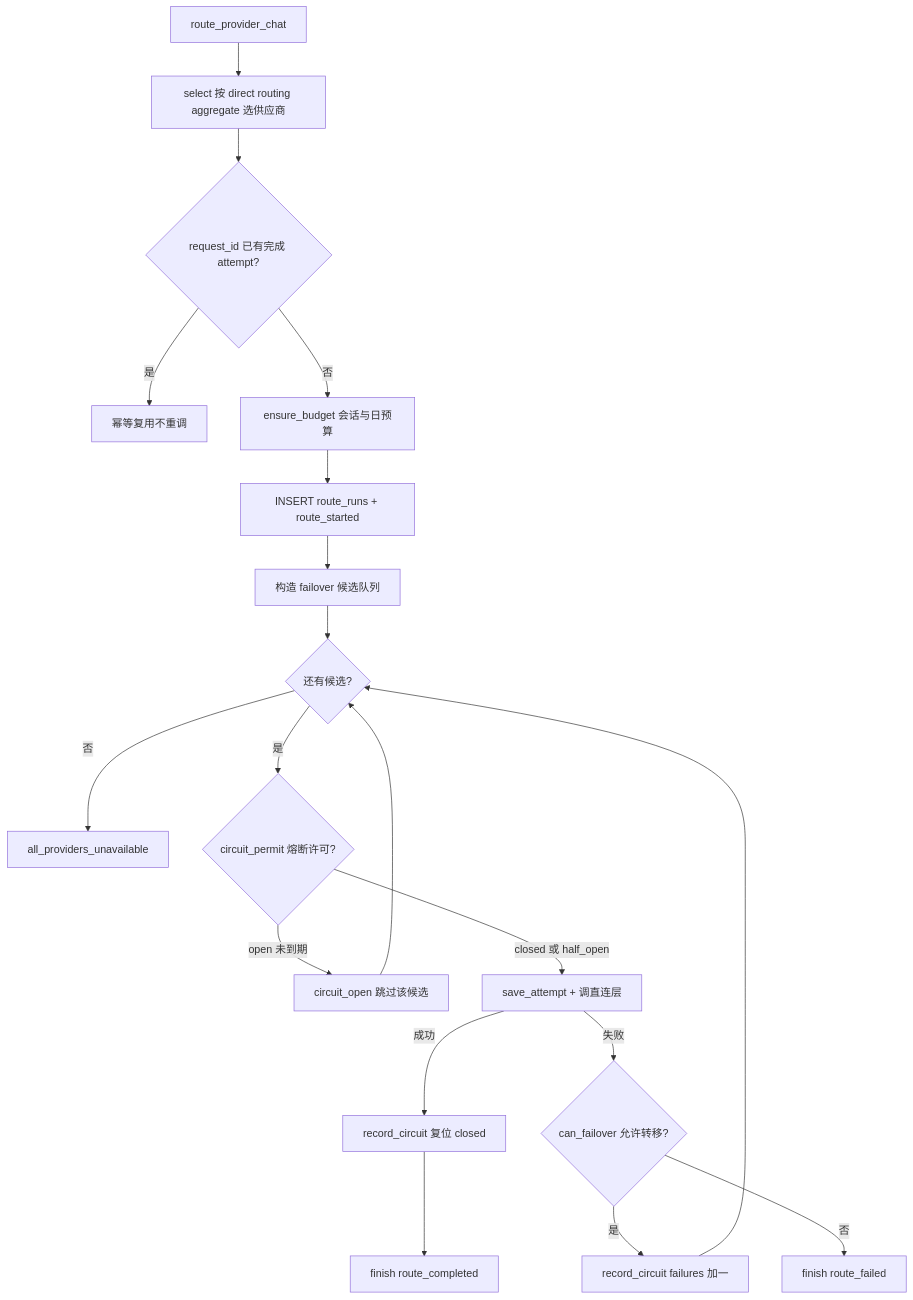
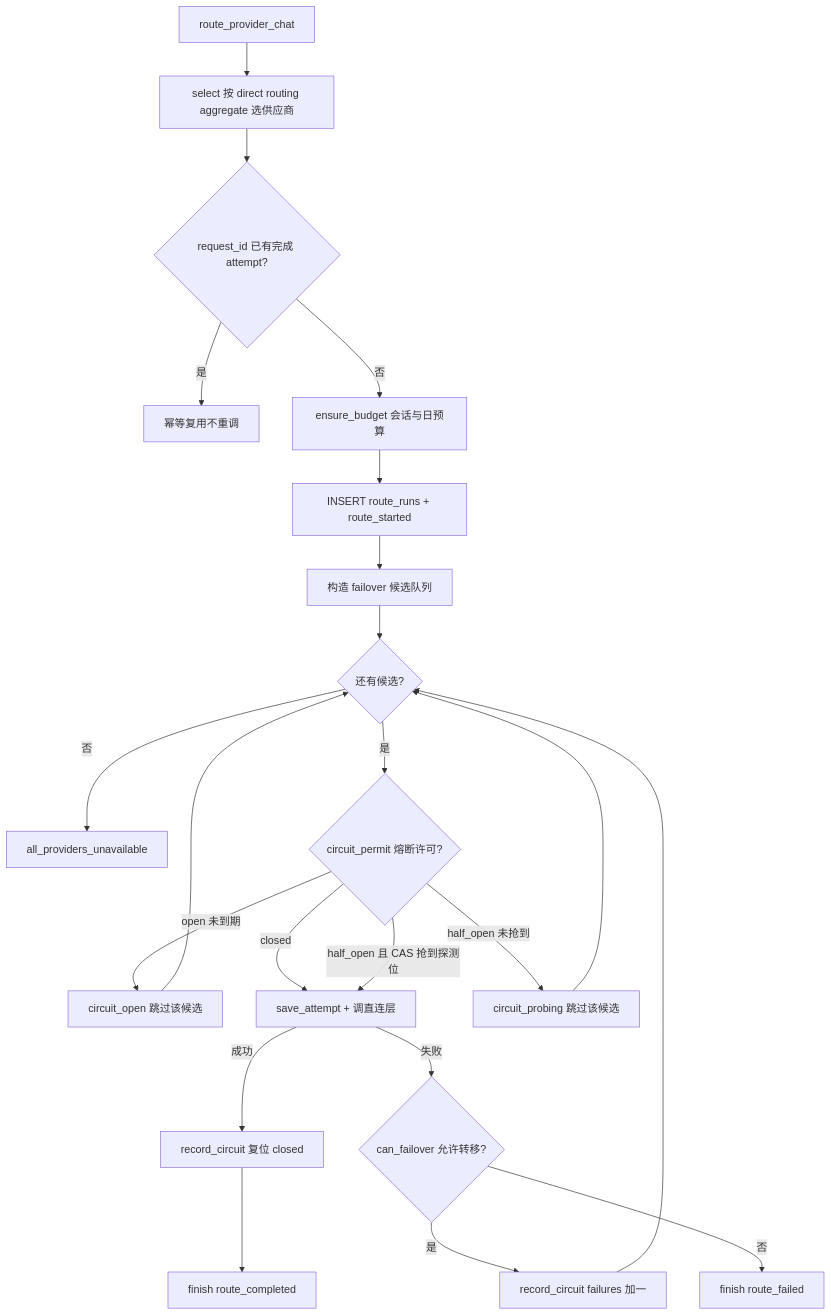
One commit to hershate/Deep-tutor changed the seventh of 23 diagrams in docs/architecture/02-operation-principles.md. Above: the diagram before and after it, drawn with Mermaid. The commit also changed other lines of this file and 20 other files, not shown here.

````diff
--- a/docs/architecture/02-operation-principles.md
+++ b/docs/architecture/02-operation-principles.md
@@ -212,21 +212,24 @@
 ```mermaid
 flowchart TD
     A[route_provider_chat] --> B[select 按 direct routing aggregate 选供应商]
     B --> C{request_id 已有完成 attempt?}
     C -->|是| D[幂等复用不重调]
     C -->|否| E[ensure_budget 会话与日预算]
     E --> F[INSERT route_runs + route_started]
     F --> G[构造 failover 候选队列]
     G --> H{还有候选?}
     H -->|否| I[all_providers_unavailable]
     H -->|是| J{circuit_permit 熔断许可?}
     J -->|open 未到期| K[circuit_open 跳过该候选]
     K --> H
-    J -->|closed 或 half_open| L[save_attempt + 调直连层]
+    J -->|closed| L[save_attempt + 调直连层]
+    J -->|half_open 且 CAS 抢到探测位| L
+    J -->|half_open 未抢到| R[circuit_probing 跳过该候选]
+    R --> H
     L -->|成功| M[record_circuit 复位 closed]
     M --> N[finish route_completed]
     L -->|失败| O{can_failover 允许转移?}
     O -->|是| P[record_circuit failures 加一]
     P --> H
     O -->|否| Q[finish route_failed]
 ```
````
